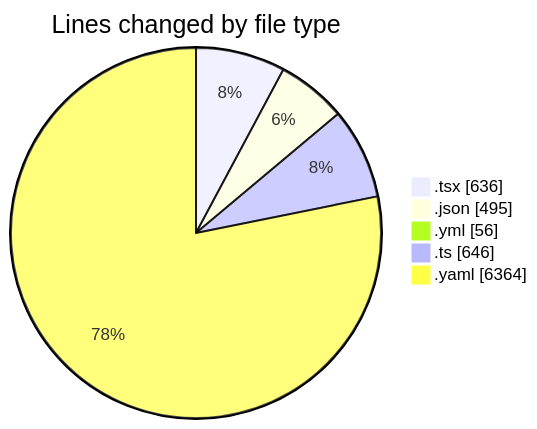
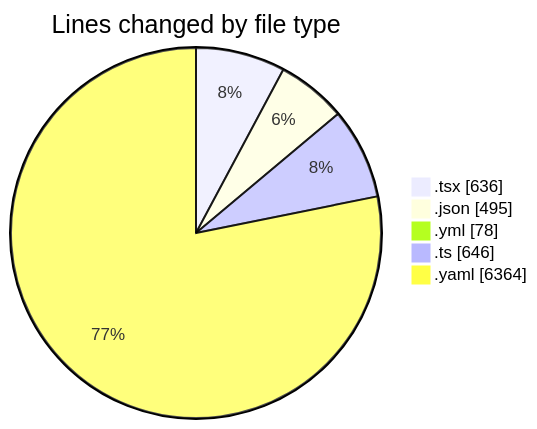
The first of 2 diagrams in 2025-11-27/eventscop-frontend-guide__workspace_/README.md (julien-gomy/code-tracking), drawn with Mermaid before and after one commit. The commit also changed other lines of this file and 1 other file, not shown here.

````diff
--- a/2025-11-27/eventscop-frontend-guide__workspace_/README.md
+++ b/2025-11-27/eventscop-frontend-guide__workspace_/README.md
@@ -40,9 +40,9 @@
 ```mermaid
 pie showData
 title Lines changed by file type
 ".tsx" : 636
 ".json" : 495
-".yml" : 56
+".yml" : 78
 ".ts" : 646
 ".yaml" : 6364
 ```
````
